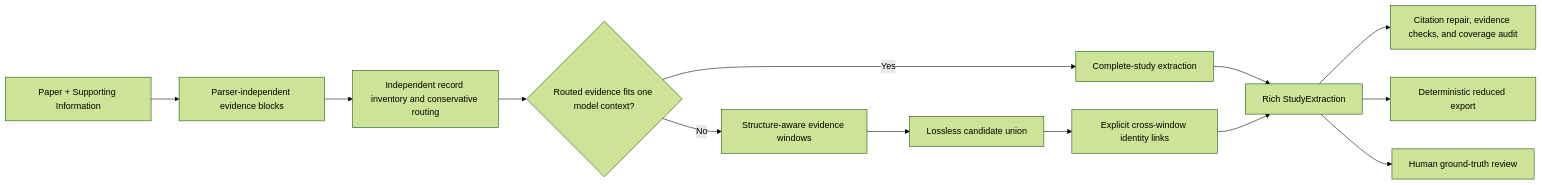
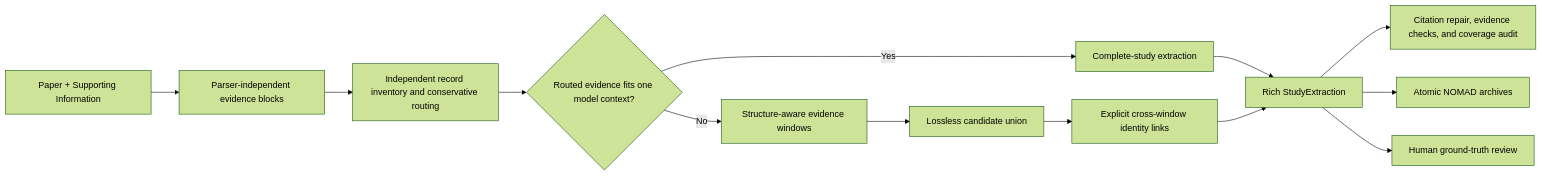
One commit to lamalab-org/perla-extract changed the diagram in docs/index.md. Above: the diagram before and after it, drawn with Mermaid (forest theme). The commit also changed other lines of this file and 20 other files, not shown here.

Commit message:
feat: export atomic records directly to NOMAD

````diff
--- a/docs/index.md
+++ b/docs/index.md
@@ -12,15 +12,15 @@
 ```mermaid
 flowchart LR
     A["Paper + Supporting Information"] --> B["Parser-independent evidence blocks"]
     B --> C0["Independent record inventory and conservative routing"]
     C0 --> C{"Routed evidence fits one model context?"}
     C -->|Yes| D["Complete-study extraction"]
     C -->|No| E["Structure-aware evidence windows"]
     E --> F["Lossless candidate union"]
     F --> G["Explicit cross-window identity links"]
     D --> H["Rich StudyExtraction"]
     G --> H
     H --> I["Citation repair, evidence checks, and coverage audit"]
-    H --> J["Deterministic reduced export"]
+    H --> J["Atomic NOMAD archives"]
     H --> K["Human ground-truth review"]
 ```
````
